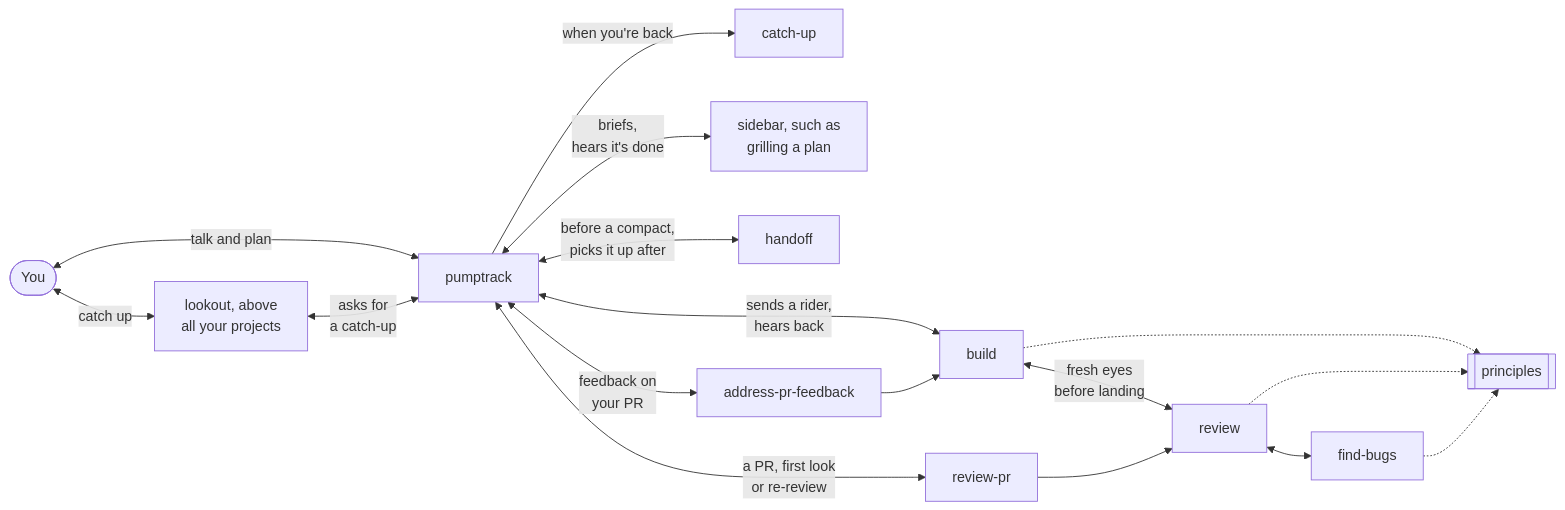
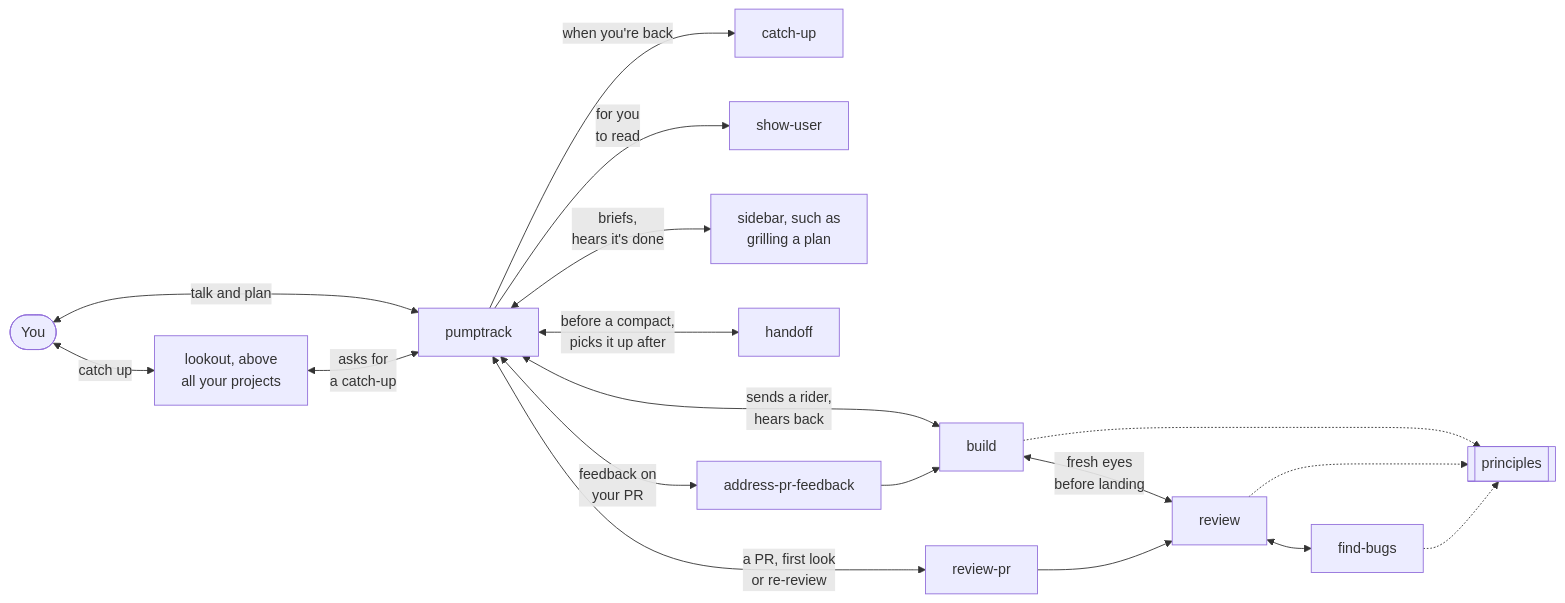
One commit to brandonbews/pumptrack changed the first of 2 diagrams in README.md. Above: the diagram before and after it, drawn with Mermaid. The commit also changed other lines of this file and 2 other files, not shown here.

First line of the commit message:
Add show-user

````diff
--- a/README.md
+++ b/README.md
@@ -28,19 +28,20 @@
 ```mermaid
 flowchart LR
   you(["You"]) <-->|talk and plan| pt["pumptrack"]
   you <-->|catch up| lookout["lookout, above<br/>all your projects"]
   lookout <-->|"asks for<br/>a catch-up"| pt
   pt -->|"when you're back"| catchup["catch-up"]
+  pt -->|"for you<br/>to read"| show["show-user"]
   pt <-->|"briefs,<br/>hears it's done"| sidebar["sidebar, such as<br/>grilling a plan"]
   pt <-->|"before a compact,<br/>picks it up after"| handoff["handoff"]
   pt <-->|"sends a rider,<br/>hears back"| build["build"]
   build <-->|"fresh eyes<br/>before landing"| review["review"]
   pt <-->|"a PR, first look<br/>or re-review"| prreview["review-pr"]
   prreview --> review
   pt <-->|"feedback on<br/>your PR"| feedback["address-pr-feedback"]
   feedback --> build
   review <--> bugs["find-bugs"]
   build -.-> principles[["principles"]]
   review -.-> principles
   bugs -.-> principles
 ```
````
